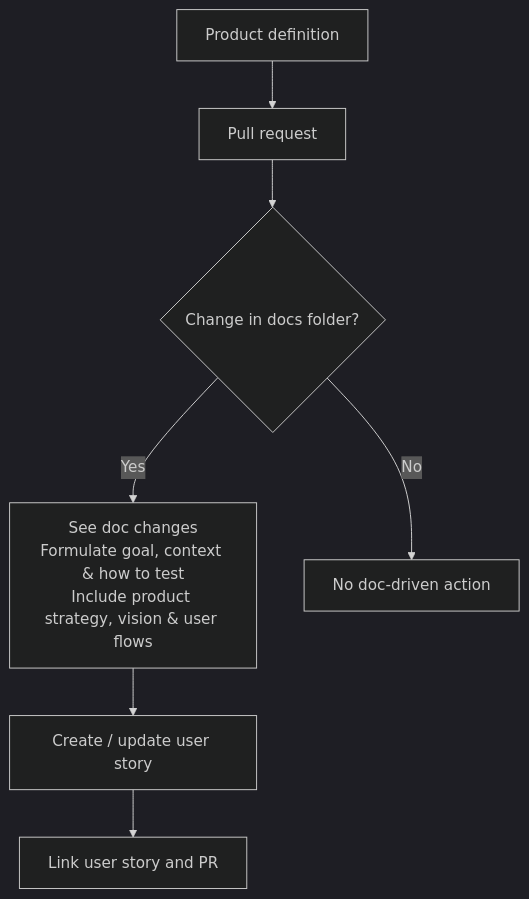
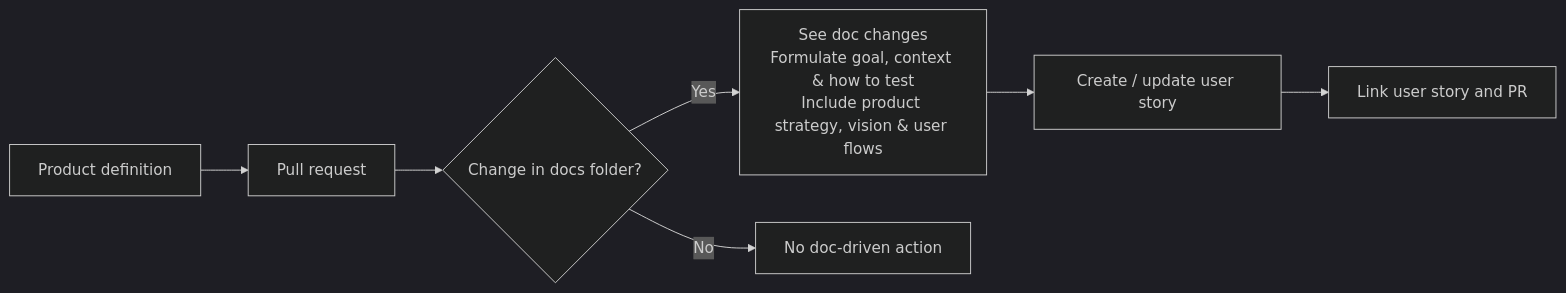
One commit to NielsTalens/doc-driven-dev changed the diagram in README.md. Above: the diagram before and after it, drawn with Mermaid (dark theme). The commit also changed other lines of this file, not shown here.

````diff
--- a/README.md
+++ b/README.md
@@ -15,14 +28,14 @@
 ```mermaid
-flowchart TD
+flowchart LR
     A[Product definition] --> B[Pull request]
 
     B --> C{Change in docs folder?}
 
     C -- Yes --> D[See doc changes<br/>Formulate goal, context & how to test<br/>Include product strategy, vision & user flows]
 
     D --> E[Create / update user story]
 
     E --> F[Link user story and PR]
 
     C -- No --> Z[No doc-driven action]
 ```
````
